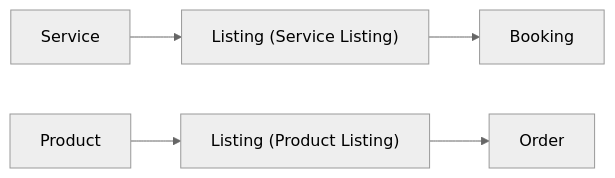
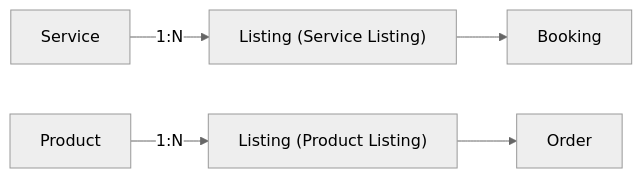
The first of 2 diagrams in docs/00-core-domain/04-bounded-contexts/03-offer/01.catalog/04.relationships.md (vytehub/vt-docs-public), drawn with Mermaid (neutral theme) before and after one commit. The commit also changed other lines of this file and 3 other files, not shown here.

````diff
--- a/docs/00-core-domain/04-bounded-contexts/03-offer/01.catalog/04.relationships.md
+++ b/docs/00-core-domain/04-bounded-contexts/03-offer/01.catalog/04.relationships.md
@@ -18,7 +23,7 @@
 ```mermaid
 flowchart LR
-  S[Service] --> LS["Listing (Service Listing)"]
-  P[Product] --> LP["Listing (Product Listing)"]
+  S[Service] -->|1:N| LS["Listing (Service Listing)"]
+  P[Product] -->|1:N| LP["Listing (Product Listing)"]
   LS --> B[Booking]
   LP --> O[Order]
 ```
````
